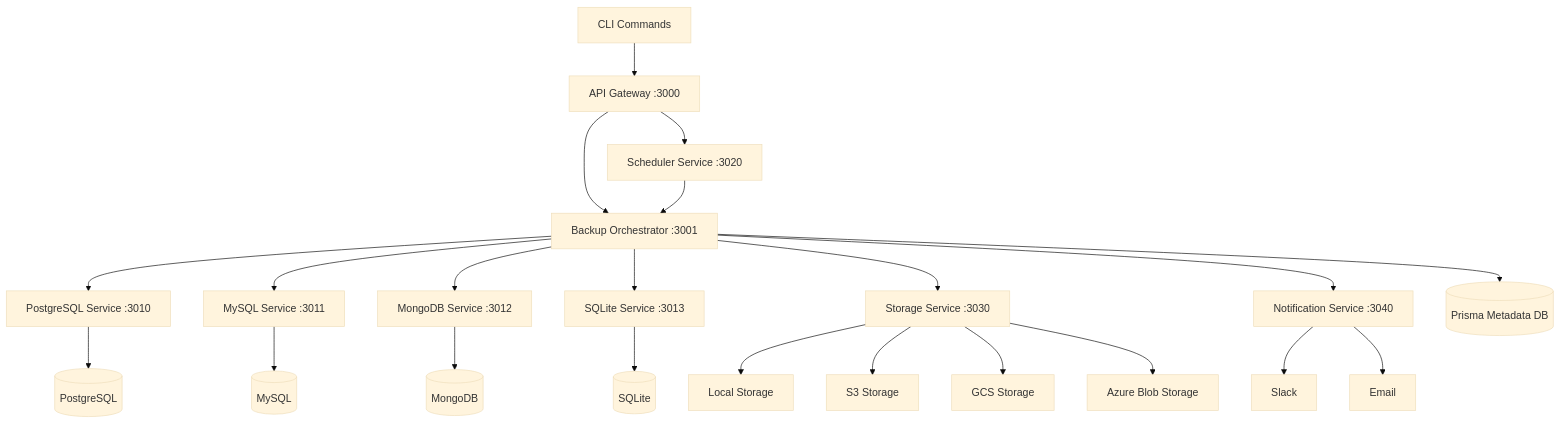
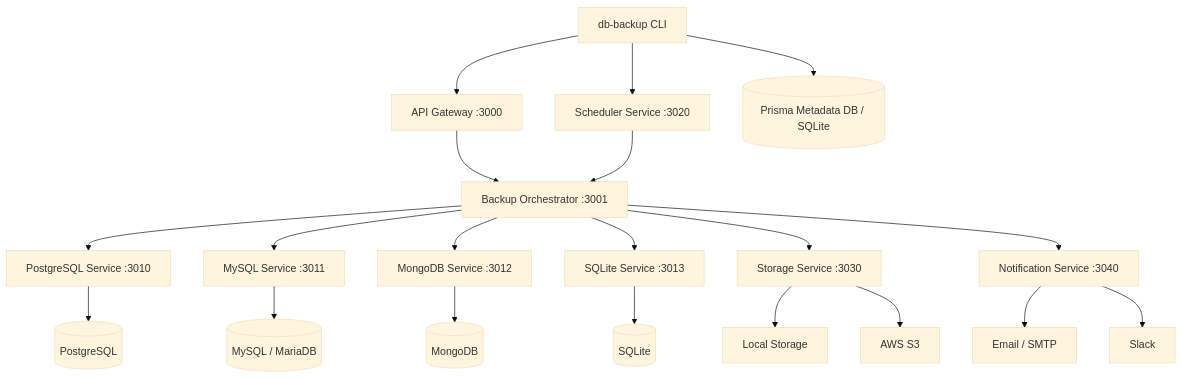
Before and after one commit to rithishcodespace/db-backup-cli: the diagram in README.md, drawn with Mermaid (base theme). The commit also changed other lines of this file, not shown here.

````diff
--- a/README.md
+++ b/README.md
@@ -71,35 +32,25 @@
 ```mermaid
 graph TD
+    CLI[db-backup CLI] --> GW[API Gateway :3000]
+    CLI --> SCH[Scheduler Service :3020]
+    CLI --> PRISMA[(Prisma Metadata DB / SQLite)]
 
-    A[CLI Commands] --> B[API Gateway :3000]
+    GW --> ORCH[Backup Orchestrator :3001]
+    ORCH --> PG[PostgreSQL Service :3010]
+    ORCH --> MY[MySQL Service :3011]
+    ORCH --> MG[MongoDB Service :3012]
+    ORCH --> SQ[SQLite Service :3013]
+    ORCH --> ST[Storage Service :3030]
+    ORCH --> NT[Notification Service :3040]
 
-    B --> C[Backup Orchestrator :3001]
-    B --> D[Scheduler Service :3020]
+    SCH --> ORCH
+    ST --> LCL[Local Storage]
+    ST --> S3[AWS S3]
+    NT --> SMTP[Email / SMTP]
+    NT --> SLK[Slack]
 
-    D --> C
-
-    C --> E[PostgreSQL Service :3010]
-    C --> F[MySQL Service :3011]
-    C --> G[MongoDB Service :3012]
-    C --> H[SQLite Service :3013]
-
-    E --> I[(PostgreSQL)]
-    F --> J[(MySQL)]
-    G --> K[(MongoDB)]
-    H --> L[(SQLite)]
-
-    C --> M[Storage Service :3030]
-
-    M --> N[Local Storage]
-    M --> O[S3 Storage]
-    M --> P[GCS Storage]
-    M --> Q[Azure Blob Storage]
-
-    C --> R[Notification Service :3040]
-
-    R --> S[Slack]
-    R --> T[Email]
-
-    C --> U[(Prisma Metadata DB)]
-
+    PG --> PGDB[(PostgreSQL)]
+    MY --> MYDB[(MySQL / MariaDB)]
+    MG --> MGDB[(MongoDB)]
+    SQ --> SQDB[(SQLite)]
 ```
````
